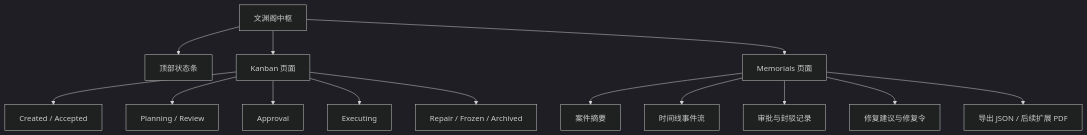
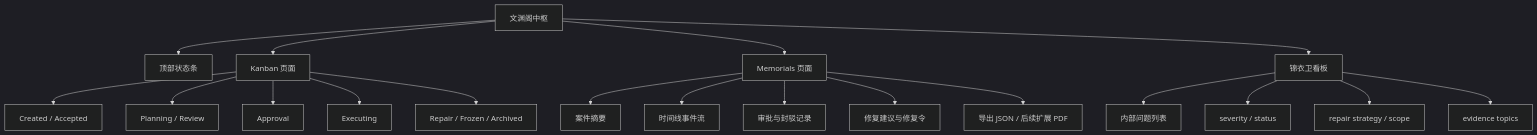
One commit to theodorewang0731-hash/-agent changed the first of 2 diagrams in docs/dashboard-mvp.md. Above: the diagram before and after it, drawn with Mermaid (dark theme). The commit also changed other lines of this file and 18 other files, not shown here.

Commit message:
Add Jinyiwei board and flow prompt

````diff
--- a/docs/dashboard-mvp.md
+++ b/docs/dashboard-mvp.md
@@ -45,18 +58,24 @@
 ```mermaid
 flowchart TB
     A["文渊阁中枢"] --> B["顶部状态条"]
     A --> C["Kanban 页面"]
     A --> D["Memorials 页面"]
+    A --> E["锦衣卫看板"]
 
     C --> C1["Created / Accepted"]
     C --> C2["Planning / Review"]
     C --> C3["Approval"]
     C --> C4["Executing"]
     C --> C5["Repair / Frozen / Archived"]
 
     D --> D1["案件摘要"]
     D --> D2["时间线事件流"]
     D --> D3["审批与封驳记录"]
     D --> D4["修复建议与修复令"]
     D --> D5["导出 JSON / 后续扩展 PDF"]
+
+    E --> E1["内部问题列表"]
+    E --> E2["severity / status"]
+    E --> E3["repair strategy / scope"]
+    E --> E4["evidence topics"]
 ```
````
